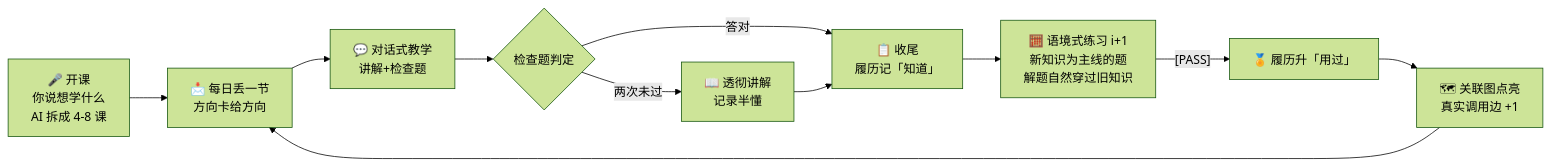
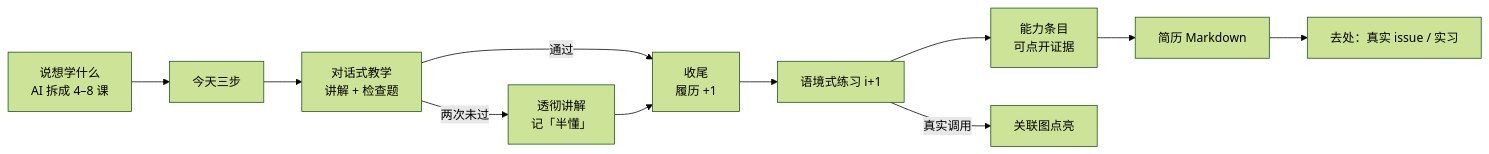
Before and after one commit to GenshinKings/voyage: the first of 2 diagrams in README.md, drawn with Mermaid (forest theme). The commit also changed other lines of this file, not shown here.

````diff
--- a/README.md
+++ b/README.md
@@ -45,13 +72,13 @@
 ```mermaid
 flowchart LR
-    A["🎤 开课<br>你说想学什么<br>AI 拆成 4-8 课"] --> B["📩 每日丢一节<br>方向卡给方向"]
-    B --> C["💬 对话式教学<br>讲解+检查题"]
-    C --> D{"检查题判定"}
-    D -- "答对" --> E["📋 收尾<br>履历记「知道」"]
-    D -- "两次未过" --> F["📖 透彻讲解<br>记录半懂"]
-    F --> E
-    E --> G["🧮 语境式练习 i+1<br>新知识为主线的题<br>解题自然穿过旧知识"]
-    G -->|"[PASS]"| H["🏅 履历升「用过」"]
-    H --> I["🗺 关联图点亮<br>真实调用边 +1"]
-    I --> B
+    A["说想学什么<br>AI 拆成 4–8 课"] --> B["今天三步"]
+    B --> C["对话式教学<br>讲解 + 检查题"]
+    C -->|通过| D["收尾<br>履历 +1"]
+    C -->|两次未过| E["透彻讲解<br>记「半懂」"]
+    E --> D
+    D --> F["语境式练习 i+1"]
+    F --> G["能力条目<br>可点开证据"]
+    G --> H["简历 Markdown"]
+    H --> I["去处：真实 issue / 实习"]
+    F -->|真实调用| J["关联图点亮"]
 ```
````
